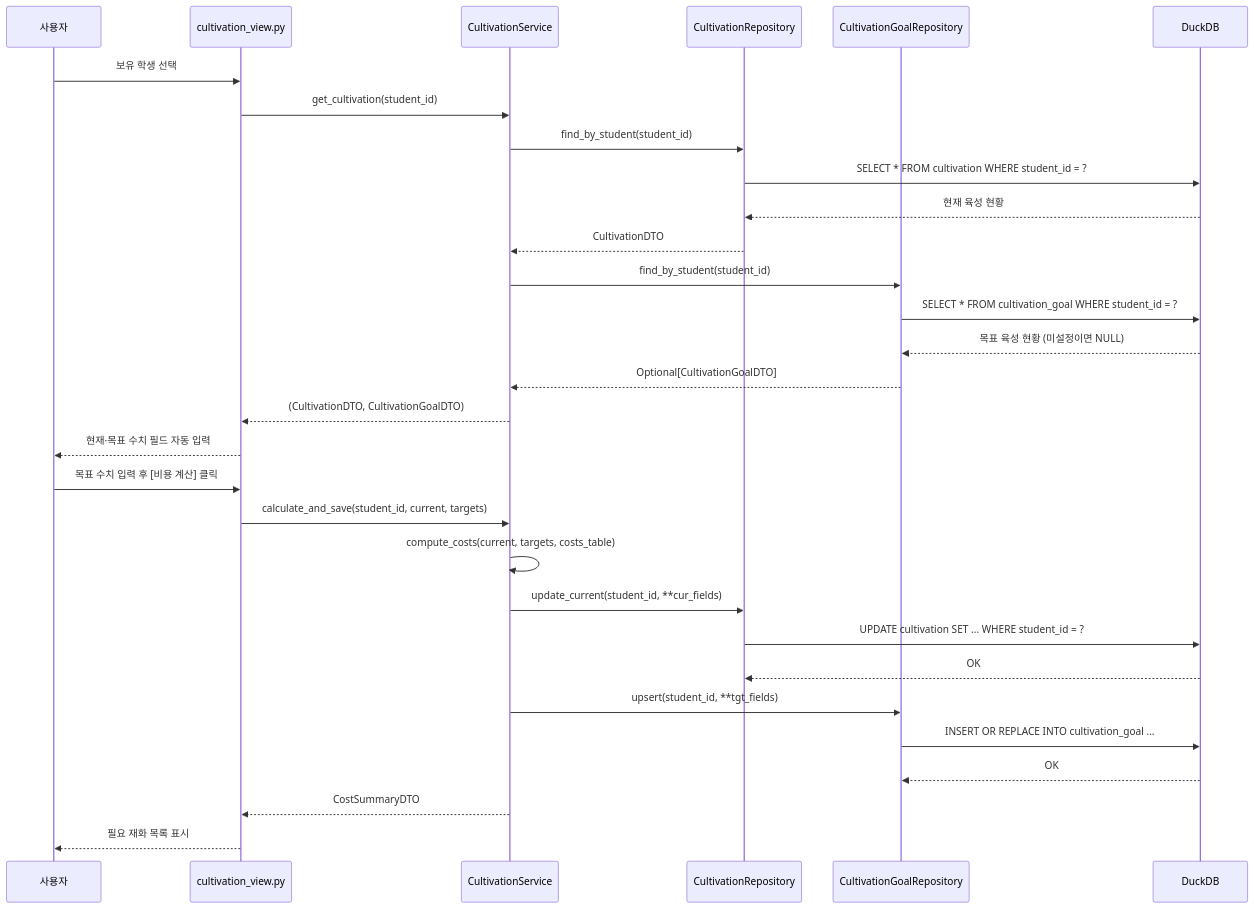
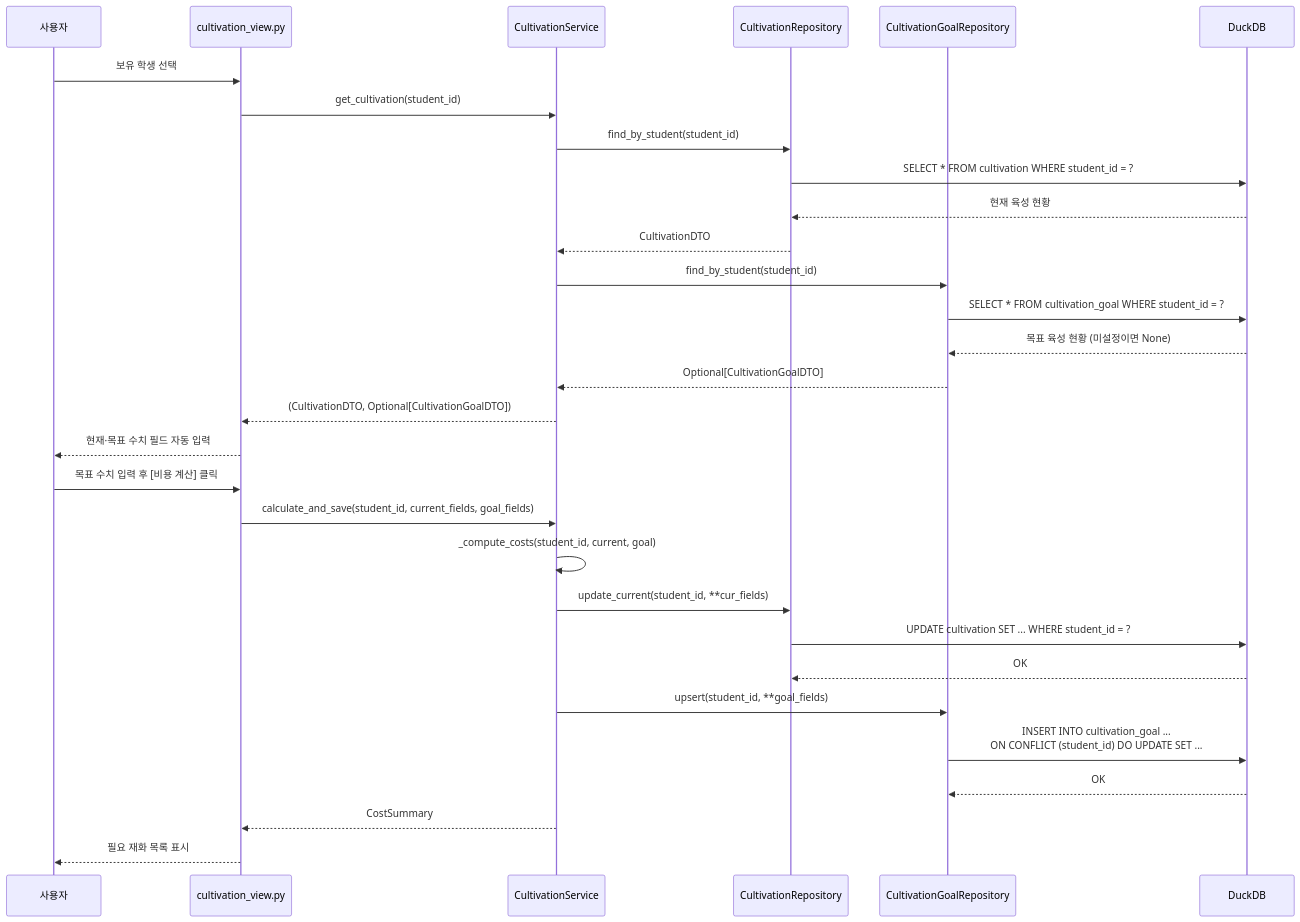
The fifth of 5 diagrams in 설계서_초안.md (dngur521/blue-archive-db-project), drawn with Mermaid before and after one commit. The commit also changed other lines of this file and 26 other files, not shown here.

````diff
--- a/설계서_초안.md
+++ b/설계서_초안.md
@@ -648,34 +684,34 @@
 ```mermaid
 sequenceDiagram
     participant 사용자
     participant View as cultivation_view.py
     participant Service as CultivationService
     participant CultivRepo as CultivationRepository
     participant GoalRepo as CultivationGoalRepository
     participant DB as DuckDB
 
     사용자->>View: 보유 학생 선택
     View->>Service: get_cultivation(student_id)
     Service->>CultivRepo: find_by_student(student_id)
     CultivRepo->>DB: SELECT * FROM cultivation WHERE student_id = ?
     DB-->>CultivRepo: 현재 육성 현황
     CultivRepo-->>Service: CultivationDTO
     Service->>GoalRepo: find_by_student(student_id)
     GoalRepo->>DB: SELECT * FROM cultivation_goal WHERE student_id = ?
-    DB-->>GoalRepo: 목표 육성 현황 (미설정이면 NULL)
+    DB-->>GoalRepo: 목표 육성 현황 (미설정이면 None)
     GoalRepo-->>Service: Optional[CultivationGoalDTO]
-    Service-->>View: (CultivationDTO, CultivationGoalDTO)
+    Service-->>View: (CultivationDTO, Optional[CultivationGoalDTO])
     View-->>사용자: 현재·목표 수치 필드 자동 입력
 
     사용자->>View: 목표 수치 입력 후 [비용 계산] 클릭
-    View->>Service: calculate_and_save(student_id, current, targets)
-    Service->>Service: compute_costs(current, targets, costs_table)
+    View->>Service: calculate_and_save(student_id, current_fields, goal_fields)
+    Service->>Service: _compute_costs(student_id, current, goal)
     Service->>CultivRepo: update_current(student_id, **cur_fields)
     CultivRepo->>DB: UPDATE cultivation SET ... WHERE student_id = ?
     DB-->>CultivRepo: OK
-    Service->>GoalRepo: upsert(student_id, **tgt_fields)
-    GoalRepo->>DB: INSERT OR REPLACE INTO cultivation_goal ...
+    Service->>GoalRepo: upsert(student_id, **goal_fields)
+    GoalRepo->>DB: INSERT INTO cultivation_goal ...<br/>ON CONFLICT (student_id) DO UPDATE SET ...
     DB-->>GoalRepo: OK
-    Service-->>View: CostSummaryDTO
+    Service-->>View: CostSummary
     View-->>사용자: 필요 재화 목록 표시
 ```
````
